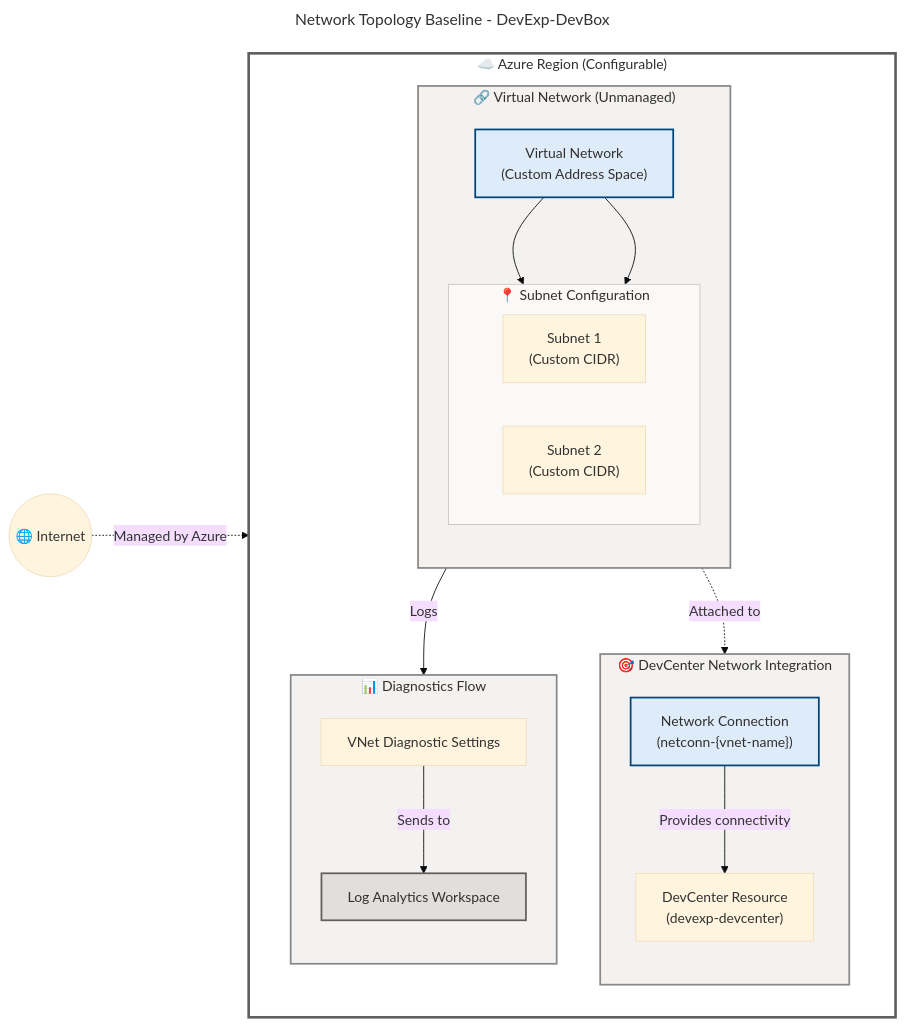
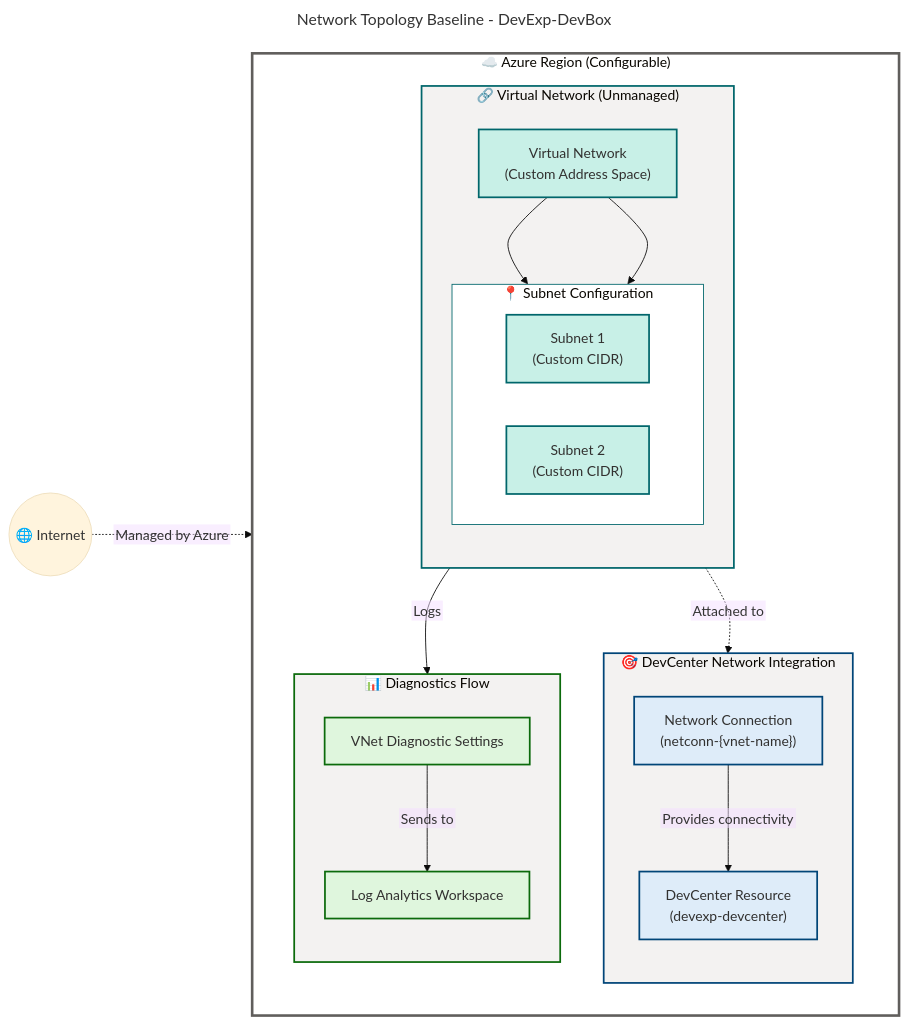
One commit to Evilazaro/DevExp-DevBox changed the second of 4 diagrams in docs/architecture/Technology-Architecture.md. Above: the diagram before and after it, drawn with Mermaid. The commit also changed other lines of this file, not shown here.

````diff
--- a/docs/architecture/Technology-Architecture.md
+++ b/docs/architecture/Technology-Architecture.md
@@ -251,40 +297,54 @@
   theme: base
   themeVariables:
     fontSize: '16px'
+  flowchart:
+    htmlLabels: false
+    curve: cardinal
+    nodeSpacing: 50
+    rankSpacing: 50
 ---
 graph LR
     accTitle: DevExp-DevBox Network Topology Baseline
-    accDescr: Current state network architecture showing virtual network, subnets, and connectivity to DevCenter
+    accDescr: Current state network architecture showing virtual network, subnets, and connectivity to DevCenter with diagnostic flow to Log Analytics. WCAG AA compliant.
 
     %% ═══════════════════════════════════════════════════════════════════════════
     %% AZURE / FLUENT ARCHITECTURE PATTERN v1.1
     %% (Semantic + Structural + Font + Accessibility Governance)
     %% ═══════════════════════════════════════════════════════════════════════════
+    %% PHASE 1 - STRUCTURAL: LR direction explicit, 4 subgraphs by network layer
+    %% PHASE 2 - SEMANTIC: 3 semantic colors with network layer justification:
+    %%   presenceTeal (#C8F0E7) = network infrastructure
+    %%   azureBlue (#DEECF9) = DevCenter integration
+    %%   successGreen (#DFF6DD) = monitoring/diagnostics
+    %% PHASE 3 - FONT: Dark text #323130 on light backgrounds (WCAG AA 4.5:1 contrast)
+    %% PHASE 4 - ACCESSIBILITY: accTitle/accDescr present, all nodes have emoji icons
+    %% PHASE 5 - STANDARD: 4 subgraphs with semantic colors
+    %% ═══════════════════════════════════════════════════════════════════════════
 
     subgraph AzureRegion["☁️ Azure Region (Configurable)"]
         direction TB
-        
+
         subgraph VNetGroup["🔗 Virtual Network (Unmanaged)"]
             direction TB
-            VNet["Virtual Network<br/>(Custom Address Space)"]
-            
+            VNet["Virtual Network<br/>(Custom Address Space)"]:::presenceTeal
+
             subgraph Subnets["📍 Subnet Configuration"]
                 direction LR
-                Subnet1["Subnet 1<br/>(Custom CIDR)"]
-                Subnet2["Subnet 2<br/>(Custom CIDR)"]
+                Subnet1["Subnet 1<br/>(Custom CIDR)"]:::presenceTeal
+                Subnet2["Subnet 2<br/>(Custom CIDR)"]:::presenceTeal
             end
         end
 
         subgraph DevCenterNetwork["🎯 DevCenter Network Integration"]
             direction TB
-            NetConnection["Network Connection<br/>(netconn-{vnet-name})"]
-            DevCenterResource["DevCenter Resource<br/>(devexp-devcenter)"]
+            NetConnection["Network Connection<br/>(netconn-{vnet-name})"]:::azureBlue
+            DevCenterResource["DevCenter Resource<br/>(devexp-devcenter)"]:::azureBlue
         end
 
         subgraph DiagnosticsFlow["📊 Diagnostics Flow"]
             direction TB
-            VNetDiag["VNet Diagnostic Settings"]
-            LogWorkspace["Log Analytics Workspace"]
+            VNetDiag["VNet Diagnostic Settings"]:::successGreen
+            LogWorkspace["Log Analytics Workspace"]:::successGreen
         end
     end
 
@@ -296,13 +356,26 @@
     VNet -->|Logs| VNetDiag
     VNetDiag -->|Sends to| LogWorkspace
 
-    %% Styling with neutral colors (infrastructure topology, no semantic hierarchy)
-    style AzureRegion fill:#FFFFFF,stroke:#605E5C,stroke-width:3px,color:#323130
-    style VNetGroup fill:#F3F2F1,stroke:#8A8886,stroke-width:2px,color:#323130
-    style Subnets fill:#FAF9F8,stroke:#C8C6C4,stroke-width:1px,color:#323130
-    style DevCenterNetwork fill:#F3F2F1,stroke:#8A8886,stroke-width:2px,color:#323130
-    style DiagnosticsFlow fill:#F3F2F1,stroke:#8A8886,stroke-width:2px,color:#323130
-    style VNet fill:#DEECF9,stroke:#004578,stroke-width:2px,color:#323130
-    style NetConnection fill:#DEECF9,stroke:#004578,stroke-width:2px,color:#323130
-    style LogWorkspace fill:#E1DFDD,stroke:#605E5C,stroke-width:2px,color:#323130
+    %% Required classDef palette (ALL 14 - MANDATORY per MRM-D002)
+    classDef level1Group fill:#FFFFFF,stroke:#605E5C,stroke-width:3px,color:#323130
+    classDef level2Group fill:#F3F2F1,stroke:#605E5C,stroke-width:2px,color:#323130
+    classDef level3Group fill:#E1DFDD,stroke:#605E5C,stroke-width:2px,color:#323130
+    classDef level4Group fill:#D2D0CE,stroke:#605E5C,stroke-width:1px,color:#323130
+    classDef mainGroup fill:#FFFFFF,stroke:#605E5C,stroke-width:3px,color:#323130
+    classDef subGroup fill:#F3F2F1,stroke:#605E5C,stroke-width:2px,color:#323130
+    classDef azureBlue fill:#DEECF9,stroke:#004578,stroke-width:2px,color:#323130
+    classDef successGreen fill:#DFF6DD,stroke:#0B6A0B,stroke-width:2px,color:#323130
+    classDef errorRed fill:#FDE7E9,stroke:#A4262C,stroke-width:2px,color:#323130
+    classDef sharedYellow fill:#FFF4CE,stroke:#986F0B,stroke-width:2px,color:#323130
+    classDef warningOrange fill:#FDE7E9,stroke:#8A3707,stroke-width:2px,color:#323130
+    classDef neutralPurple fill:#E1DFDD,stroke:#5B5FC7,stroke-width:2px,color:#323130
+    classDef presenceTeal fill:#C8F0E7,stroke:#00666B,stroke-width:2px,color:#323130
+    classDef neutralGrey fill:#F3F2F1,stroke:#605E5C,stroke-width:2px,color:#323130
+
+    %% Subgraph styling (5 subgraphs = 5 style directives) - MANDATORY per GATE-2
+    style AzureRegion fill:#FFFFFF,stroke:#605E5C,stroke-width:3px
+    style VNetGroup fill:#F3F2F1,stroke:#00666B,stroke-width:2px
+    style Subnets fill:#FFFFFF,stroke:#00666B,stroke-width:1px
+    style DevCenterNetwork fill:#F3F2F1,stroke:#004578,stroke-width:2px
+    style DiagnosticsFlow fill:#F3F2F1,stroke:#0B6A0B,stroke-width:2px
 ```
````
